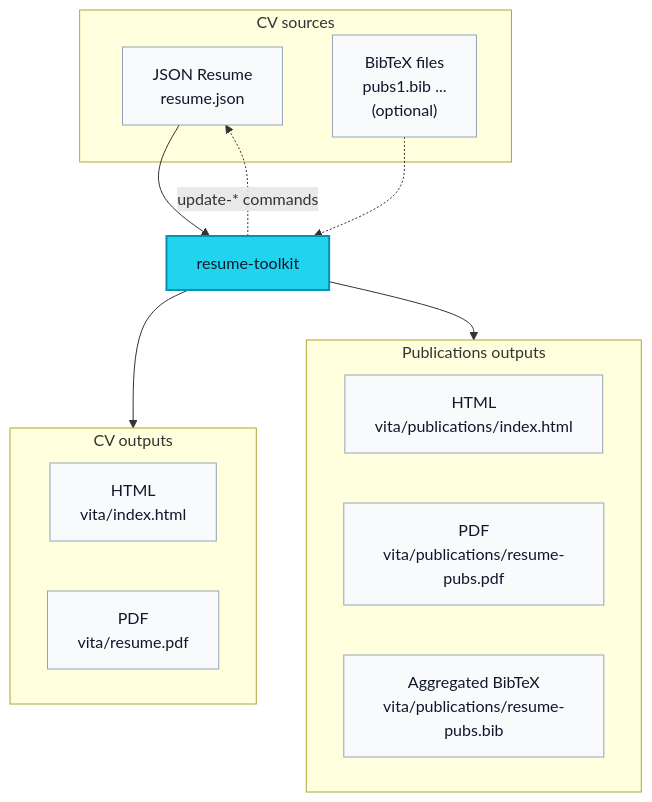
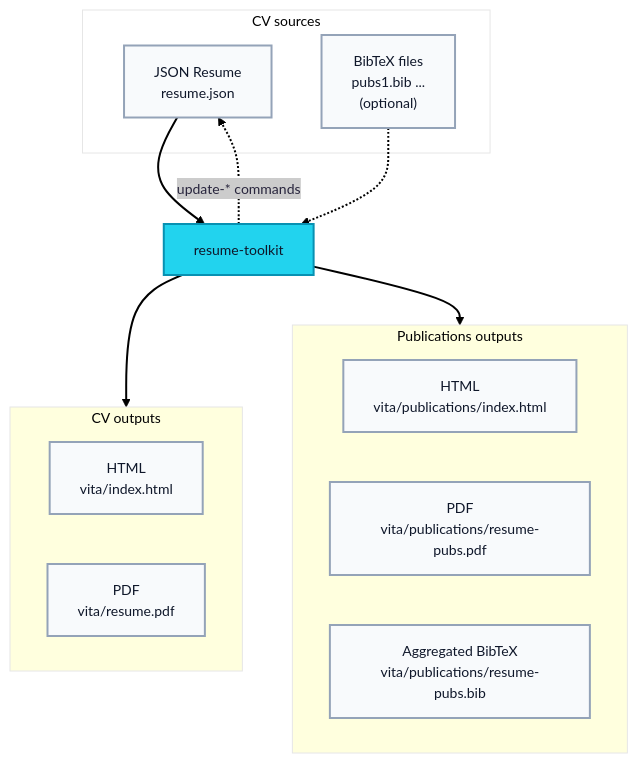
The diagram in README.md (zzamboni/resume-toolkit), drawn with Mermaid before and after one commit.

````diff
--- a/README.md
+++ b/README.md
@@ -32,41 +32,41 @@
 ```mermaid
 ---
 config:
   layout: dagre
-  theme: default
+  theme: redux-color
   look: classic
 ---
 flowchart TD
       subgraph sources[CV sources]
           A[JSON Resume<br/>resume.json]
           B["BibTeX files<br/>pubs1.bib ...<br/>(optional)"]
       end
       
       A --> C[resume-toolkit]
       B .-> C
       C -. update-* commands .-> A
       
       subgraph CV[CV outputs]
           D[HTML<br/>vita/index.html]
           E[PDF<br/>vita/resume.pdf]
       end
 
       subgraph PUBS[Publications outputs]
           F[HTML<br/>vita/publications/index.html]
           G[PDF<br/>vita/publications/resume-pubs.pdf]
           H[Aggregated BibTeX<br/>vita/publications/resume-pubs.bib]
       end
 
       C --> CV
       C --> PUBS
 
       classDef toolkit fill:#22d3ee,color:#0f172a,stroke:#0891b2,stroke-width:2px;
       classDef io fill:#f8fafc,color:#0f172a,stroke:#94a3b8;
       classDef hidden fill:none,stroke:none;
       classDef ioBoxes fill:#ffffde
 
       class C toolkit;
       class A,B,D,E,F,G,H io;
       class L,R dot;
       class CV,PUBS ioBoxes;
 ```
````
